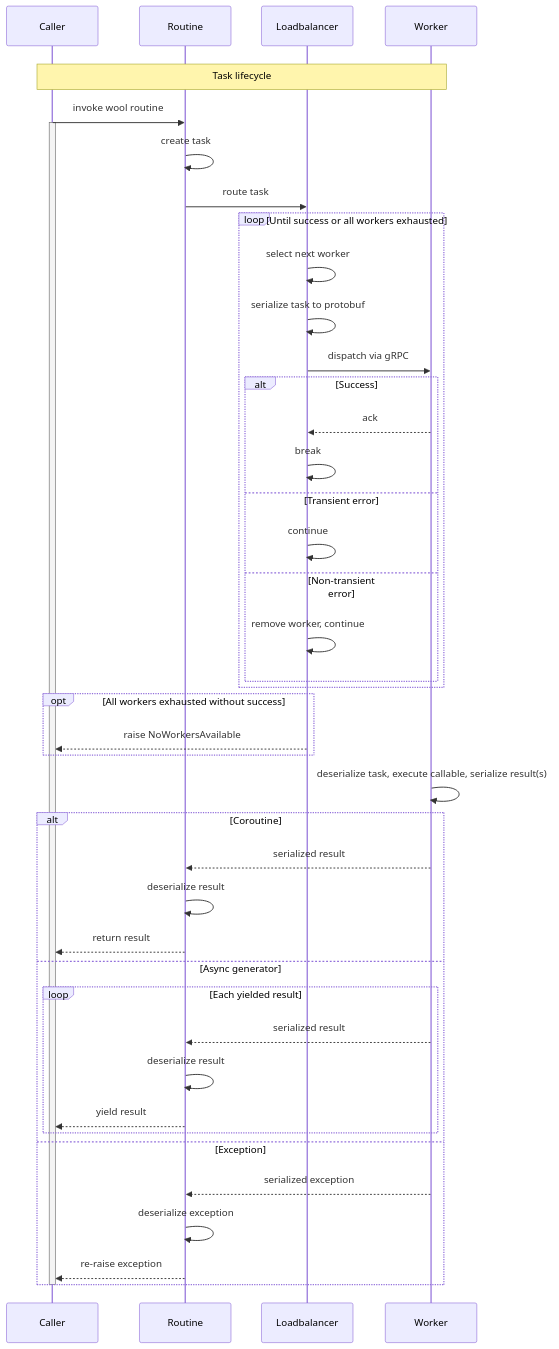
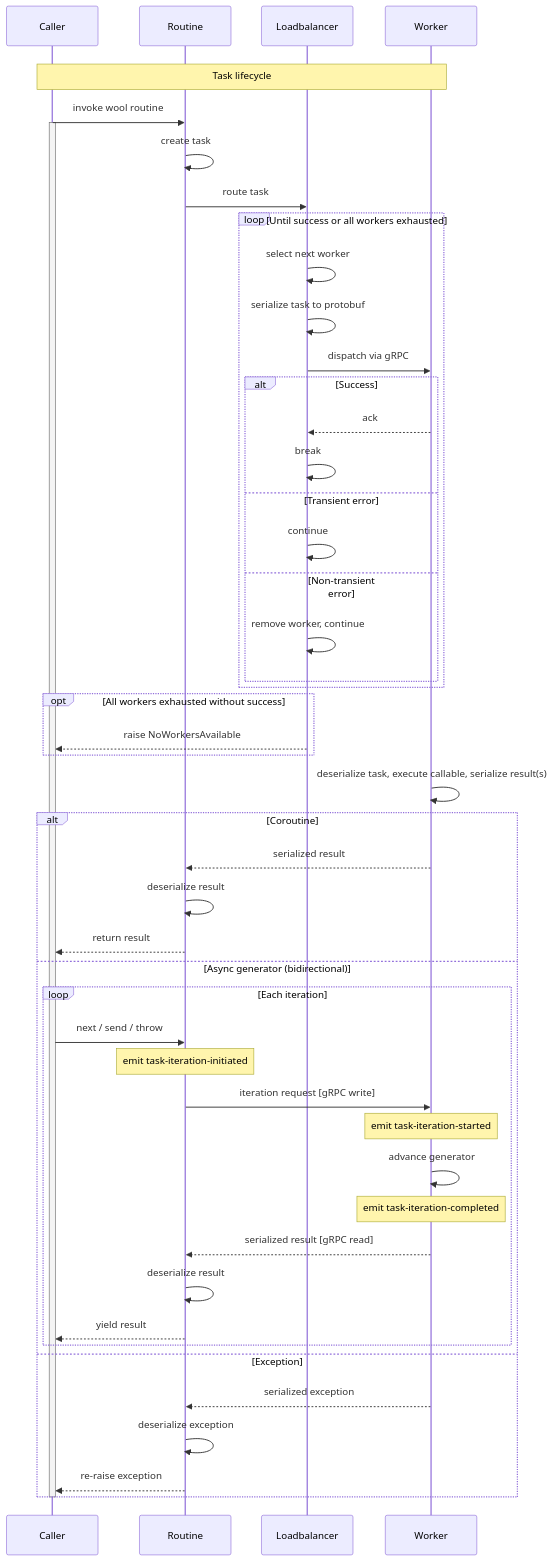
One commit to wool-labs/wool changed the diagram in wool/src/wool/runtime/routine/README.md. Above: the diagram before and after it, drawn with Mermaid. The commit also changed other lines of this file and 1 other file, not shown here.

First line of the commit message:
docs: Update routine and worker READMEs for iteration lifecycle events

````diff
--- a/wool/src/wool/runtime/routine/README.md
+++ b/wool/src/wool/runtime/routine/README.md
@@ -81,52 +99,58 @@
 ```mermaid
 sequenceDiagram
     participant Caller
     participant Routine
     participant Loadbalancer
     participant Worker
 
     rect rgb(0, 0, 0, 0)
         Note over Caller, Worker: Task lifecycle
 
         Caller ->> Routine: invoke wool routine
         activate Caller
         Routine ->> Routine: create task
         Routine ->> Loadbalancer: route task
 
         loop Until success or all workers exhausted
             Loadbalancer ->> Loadbalancer: select next worker
             Loadbalancer ->> Loadbalancer: serialize task to protobuf
             Loadbalancer ->> Worker: dispatch via gRPC
             alt Success
                 Worker -->> Loadbalancer: ack
                 Loadbalancer ->> Loadbalancer: break
             else Transient error
                 Loadbalancer ->> Loadbalancer: continue
             else Non-transient error
                 Loadbalancer ->> Loadbalancer: remove worker, continue
             end
         end
         opt All workers exhausted without success
             Loadbalancer -->> Caller: raise NoWorkersAvailable
         end
 
         Worker ->> Worker: deserialize task, execute callable, serialize result(s)
 
         alt Coroutine
             Worker -->> Routine: serialized result
             Routine ->> Routine: deserialize result
             Routine -->> Caller: return result
-        else Async generator
-            loop Each yielded result
-                Worker -->> Routine: serialized result
+        else Async generator (bidirectional)
+            loop Each iteration
+                Caller ->> Routine: next / send / throw
+                Note over Routine: emit task-iteration-initiated
+                Routine ->> Worker: iteration request [gRPC write]
+                Note over Worker: emit task-iteration-started
+                Worker ->> Worker: advance generator
+                Note over Worker: emit task-iteration-completed
+                Worker -->> Routine: serialized result [gRPC read]
                 Routine ->> Routine: deserialize result
                 Routine -->> Caller: yield result
             end
         else Exception
             Worker -->> Routine: serialized exception
             Routine ->> Routine: deserialize exception
             Routine -->> Caller: re-raise exception
         end
         deactivate Caller
     end
 ```
````
